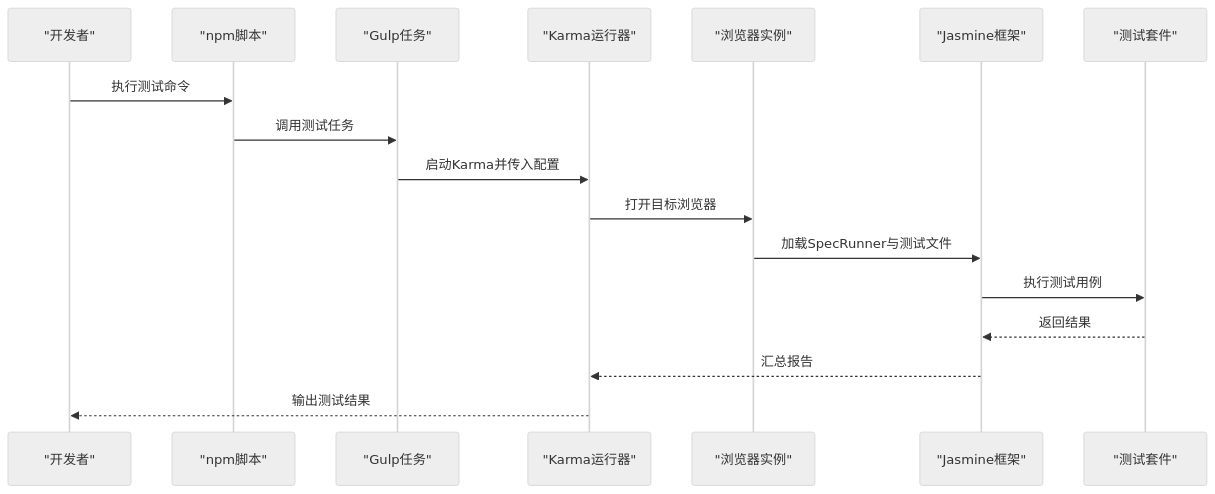
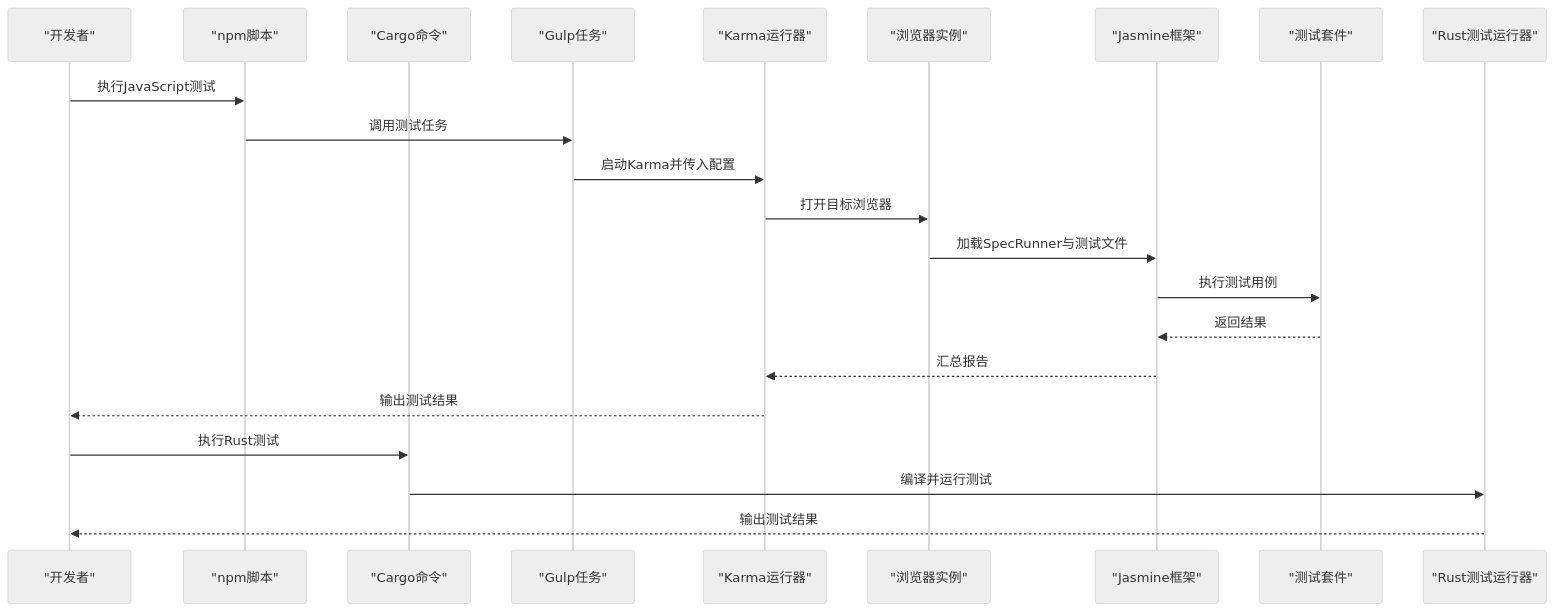
The second of 7 diagrams in .qoder/repowiki/zh/content/测试与调试/测试与调试.md (rzhangjing/cesium), drawn with Mermaid (neutral theme) before and after one commit. The commit also changed other lines of this file and 56 other files, not shown here.

````diff
--- a/.qoder/repowiki/zh/content/测试与调试/测试与调试.md
+++ b/.qoder/repowiki/zh/content/测试与调试/测试与调试.md
@@ -125,19 +159,24 @@
 ```mermaid
 sequenceDiagram
 participant Dev as "开发者"
 participant NPM as "npm脚本"
+participant Cargo as "Cargo命令"
 participant Gulp as "Gulp任务"
 participant Karma as "Karma运行器"
 participant Browser as "浏览器实例"
 participant Jasmine as "Jasmine框架"
 participant TestSuite as "测试套件"
-Dev->>NPM : 执行测试命令
+participant RustTest as "Rust测试运行器"
+Dev->>NPM : 执行JavaScript测试
 NPM->>Gulp : 调用测试任务
 Gulp->>Karma : 启动Karma并传入配置
 Karma->>Browser : 打开目标浏览器
 Browser->>Jasmine : 加载SpecRunner与测试文件
 Jasmine->>TestSuite : 执行测试用例
 TestSuite-->>Jasmine : 返回结果
 Jasmine-->>Karma : 汇总报告
 Karma-->>Dev : 输出测试结果
+Dev->>Cargo : 执行Rust测试
+Cargo->>RustTest : 编译并运行测试
+RustTest-->>Dev : 输出测试结果
 ```
````
